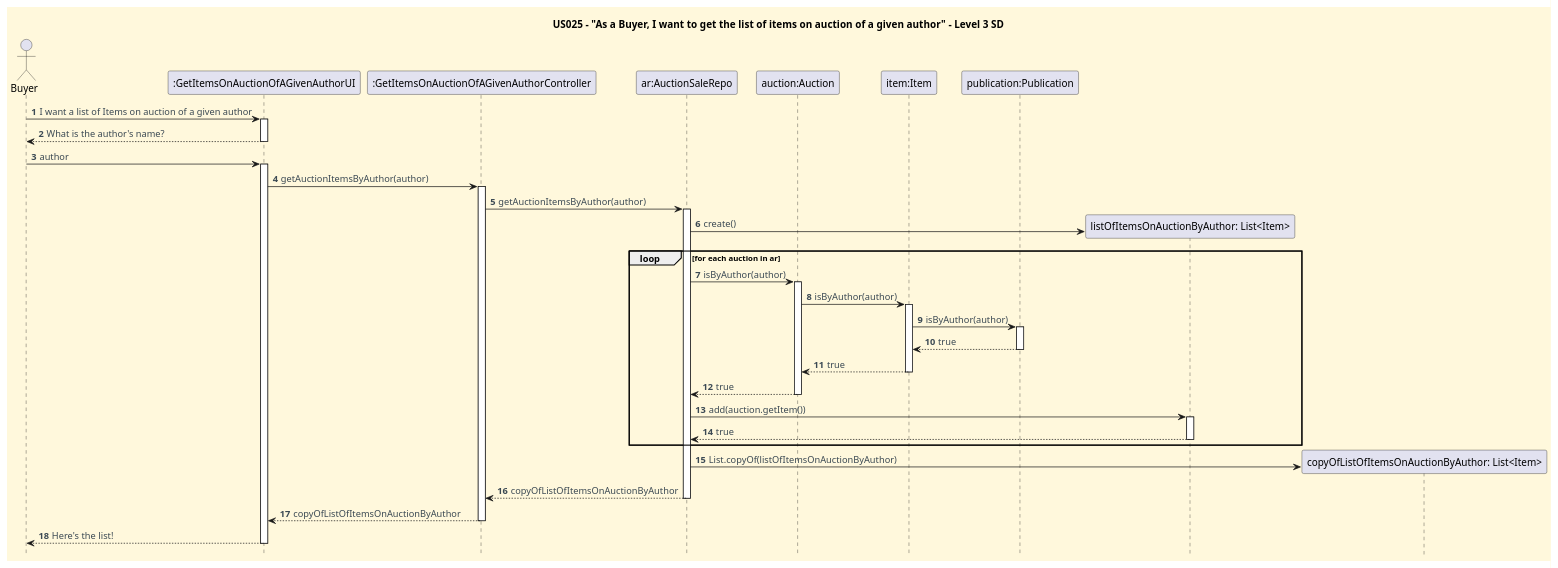
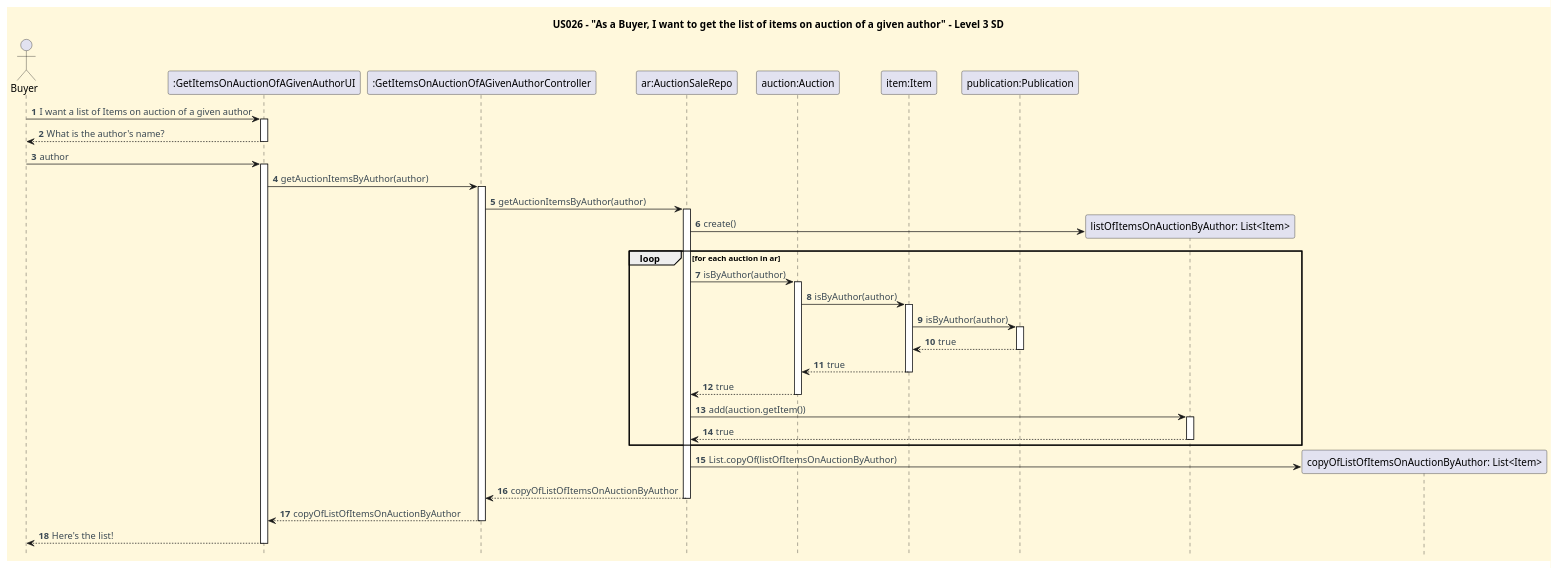
Before and after one commit to CarolinaLeite-collab/JavaMarketplacePlatform: the diagram in docs/userStories/US026/US026_get_list_of_items_on_auction_of_given_author_SD_2.puml, drawn with PlantUML. The commit also changed 2 other files, not shown here.

```diff
--- a/docs/userStories/US026/US026_get_list_of_items_on_auction_of_given_author_SD_2.puml
+++ b/docs/userStories/US026/US026_get_list_of_items_on_auction_of_given_author_SD_2.puml
@@ -1,78 +1,78 @@
 @startuml
-title US025 – "As a Buyer, I want to get the list of items on auction of a given author" - Level 3 SD
+title US026 – "As a Buyer, I want to get the list of items on auction of a given author" - Level 3 SD
 hidefootbox
 
 '==== basic style ====
 skinparam monochrome false
 skinparam shadowing false
 skinparam defaultFontName Futura
 skinparam objectFontSize 20
 skinparam backgroundColor CornSilk
 skinparam objectBackgroundColor WhiteSmoke
 skinparam noteBackgroundColor #FFFFE0
 skinparam ArrowFontColor #3B4953
 skinparam ActivationBackgroundColor black
 
 autonumber
 autoactivate off
 
 ' --- Actor and participants ---
 actor Buyer
 participant ":GetItemsOnAuctionOfAGivenAuthorUI" as UI
 participant ":GetItemsOnAuctionOfAGivenAuthorController" as CTL
 participant "ar:AuctionSaleRepo" as DSR
 participant "auction:Auction" as DS
 participant "item:Item" as IT
 participant "publication:Publication" as PUB
 
 
 
 ' --- Dialog ---
 Buyer -> UI: I want a list of Items on auction of a given author
 activate UI
 UI --> Buyer: What is the author's name?
 deactivate UI
 Buyer -> UI: author
 activate UI
 UI -> CTL: getAuctionItemsByAuthor(author)
 activate CTL
 CTL -> DSR: getAuctionItemsByAuthor(author)
 activate DSR
 
 create "listOfItemsOnAuctionByAuthor: List<Item>" as List
 DSR -> List: create()
 
 loop for each auction in ar
     DSR -> DS: isByAuthor(author)
     activate DS
     DS -> IT: isByAuthor(author)
     activate IT
     IT -> PUB: isByAuthor(author)
     activate PUB
     PUB --> IT: true
     deactivate PUB
     IT --> DS: true
     deactivate IT
     DS --> DSR: true
     deactivate DS
     DSR -> List: add(auction.getItem())
     activate List
     List --> DSR: true
     deactivate List
 end
 
 
 
 create "copyOfListOfItemsOnAuctionByAuthor: List<Item>" as Copy
 DSR -> Copy: List.copyOf(listOfItemsOnAuctionByAuthor)
 
 'participant "author:Author" as AUT
 
 DSR --> CTL: copyOfListOfItemsOnAuctionByAuthor
 deactivate DSR
 CTL --> UI: copyOfListOfItemsOnAuctionByAuthor
 deactivate CTL
 UI --> Buyer: Here's the list!
 deactivate UI
 
 @enduml
```
